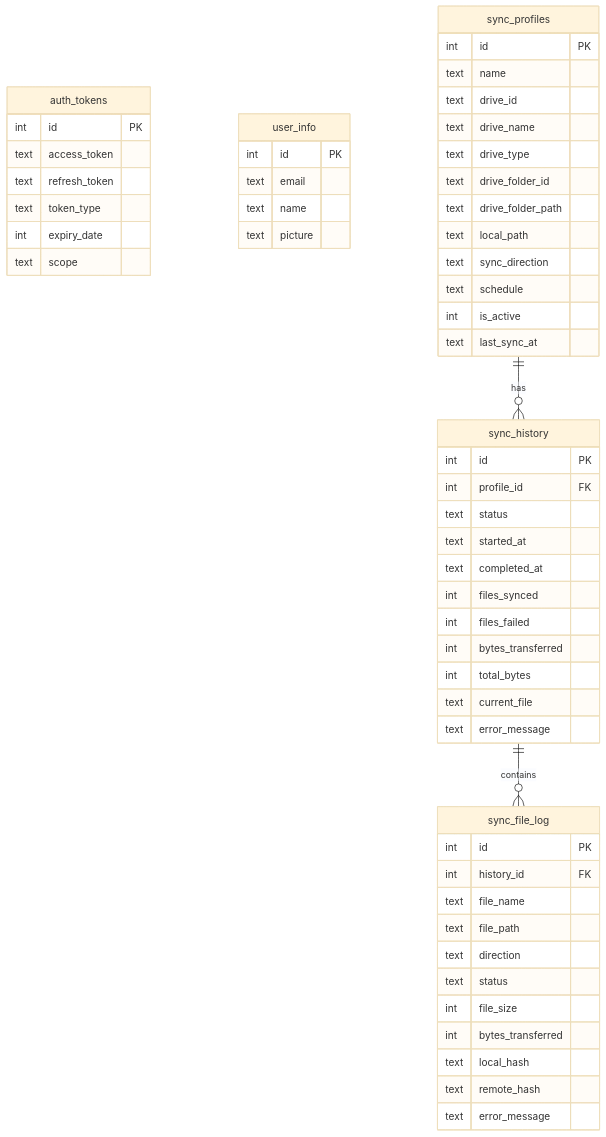
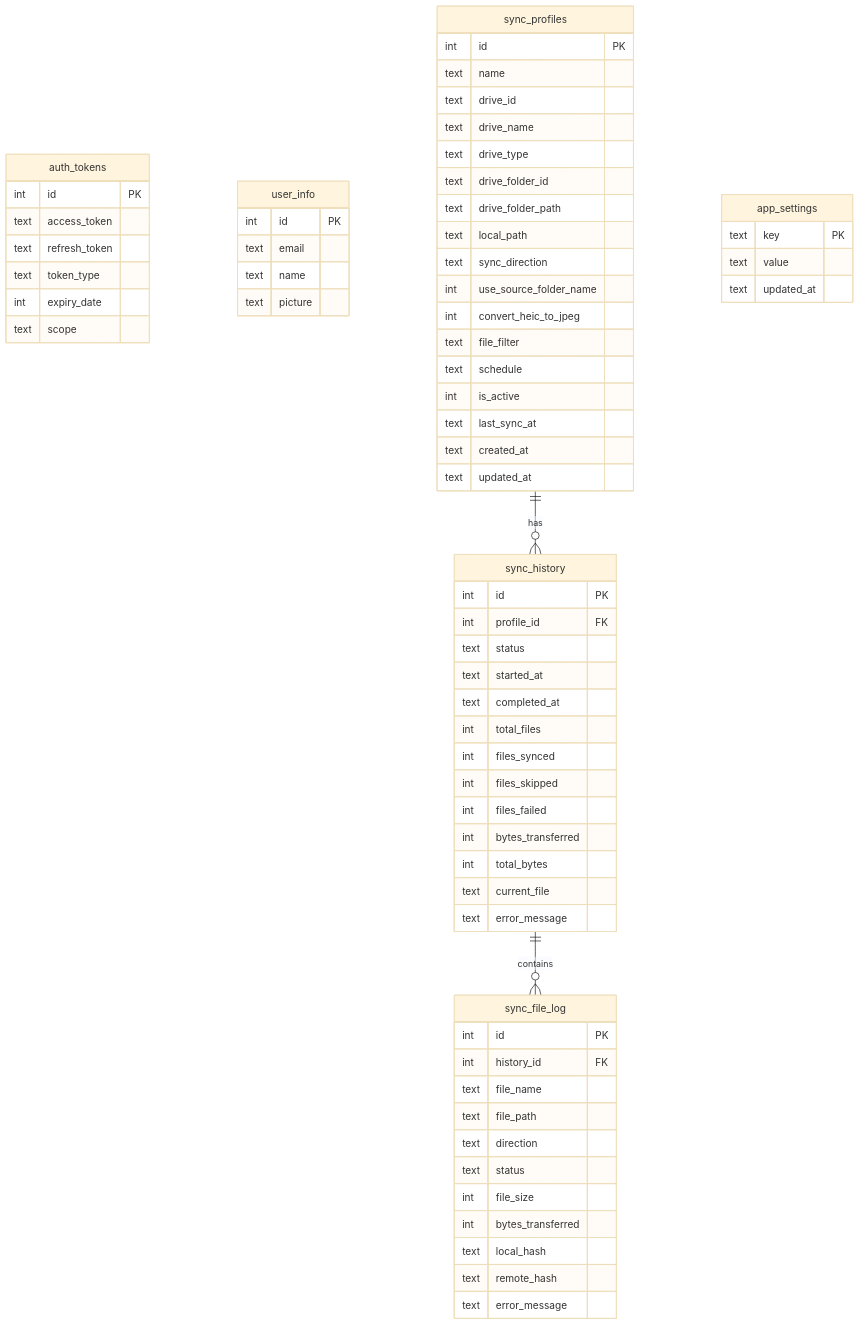
One commit to jpurusho/gdrive changed the fourth of 4 diagrams in docs/architecture.md. Above: the diagram before and after it, drawn with Mermaid (base theme). The commit also changed other lines of this file, not shown here.

First line of the commit message:
Update architecture docs to match current implementation

````diff
--- a/docs/architecture.md
+++ b/docs/architecture.md
@@ -138,64 +196,77 @@
 ```mermaid
 erDiagram
     auth_tokens {
         int id PK
         text access_token
         text refresh_token
         text token_type
         int expiry_date
         text scope
     }
 
     user_info {
         int id PK
         text email
         text name
         text picture
     }
 
     sync_profiles {
         int id PK
         text name
         text drive_id
         text drive_name
         text drive_type
         text drive_folder_id
         text drive_folder_path
         text local_path
         text sync_direction
+        int use_source_folder_name
+        int convert_heic_to_jpeg
+        text file_filter
         text schedule
         int is_active
         text last_sync_at
+        text created_at
+        text updated_at
+    }
+
+    app_settings {
+        text key PK
+        text value
+        text updated_at
     }
 
     sync_history {
         int id PK
         int profile_id FK
         text status
         text started_at
         text completed_at
+        int total_files
         int files_synced
+        int files_skipped
         int files_failed
         int bytes_transferred
         int total_bytes
         text current_file
         text error_message
     }
 
     sync_file_log {
         int id PK
         int history_id FK
         text file_name
         text file_path
         text direction
         text status
         int file_size
         int bytes_transferred
         text local_hash
         text remote_hash
         text error_message
     }
 
     sync_profiles ||--o{ sync_history : "has"
     sync_history ||--o{ sync_file_log : "contains"
 ```
````
